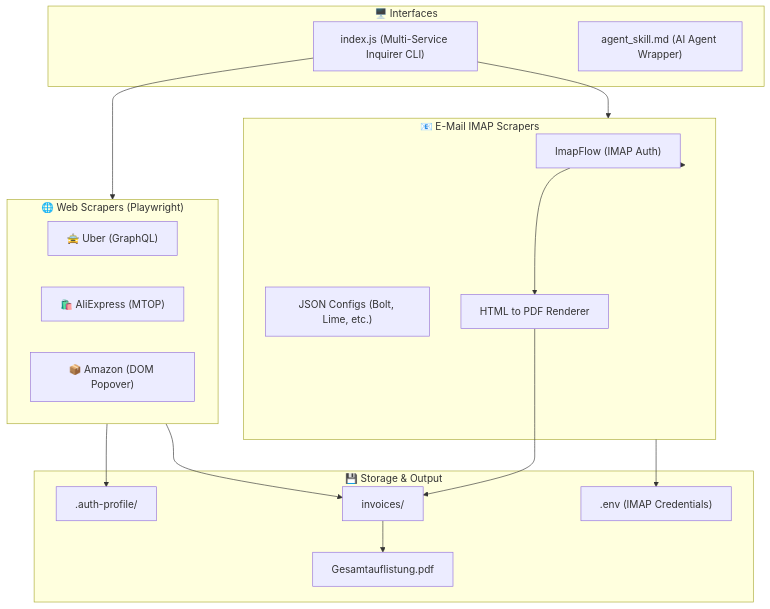
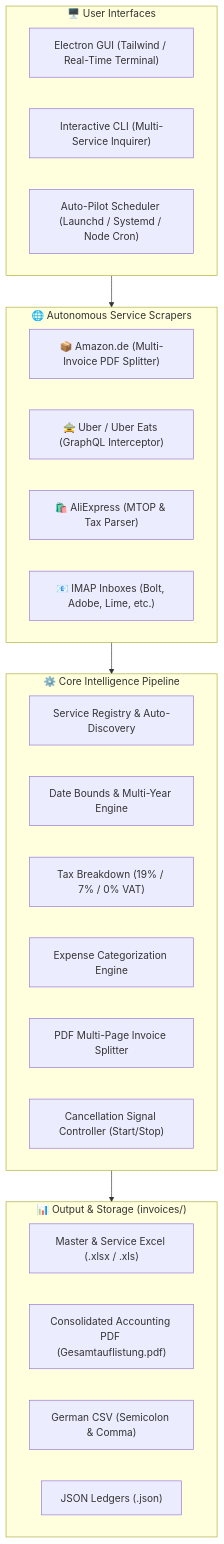
The diagram in README.md (hybridlabor-api/invoice-scrape-agent), drawn with Mermaid before and after one commit. The commit also changed other lines of this file and 24 other files, not shown here.

Commit message:
feat(v1.6.0): full 9-step suite, automated test coverage, electron GUI refinement, and master excel categorization

````diff
--- a/README.md
+++ b/README.md
@@ -76,36 +29,35 @@
 ```mermaid
 flowchart TD
-    subgraph UI ["🖥️ Interfaces"]
-        CLI["index.js (Multi-Service Inquirer CLI)"]
-        AGENT["agent_skill.md (AI Agent Wrapper)"]
+    subgraph UI ["🖥️ User Interfaces"]
+        GUI["Electron GUI (Tailwind / Real-Time Terminal)"]
+        CLI["Interactive CLI (Multi-Service Inquirer)"]
+        CRON["Auto-Pilot Scheduler (Launchd / Systemd / Node Cron)"]
     end
 
-    subgraph WebScrapers ["🌐 Web Scrapers (Playwright)"]
-        UBER["🚖 Uber (GraphQL)"]
-        ALI["🛍️ AliExpress (MTOP)"]
-        AMZ["📦 Amazon (DOM Popover)"]
+    subgraph Scrapers ["🌐 Autonomous Service Scrapers"]
+        AMZ["📦 Amazon.de (Multi-Invoice PDF Splitter)"]
+        UBER["🚖 Uber / Uber Eats (GraphQL Interceptor)"]
+        ALI["🛍️ AliExpress (MTOP & Tax Parser)"]
+        IMAP["📧 IMAP Inboxes (Bolt, Adobe, Lime, etc.)"]
     end
 
-    subgraph EmailScrapers ["📧 E-Mail IMAP Scrapers"]
-        IMAP["ImapFlow (IMAP Auth)"]
-        JSON["JSON Configs (Bolt, Lime, etc.)"]
-        HTML2PDF["HTML to PDF Renderer"]
+    subgraph CoreEngine ["⚙️ Core Intelligence Pipeline"]
+        REGISTRY["Service Registry & Auto-Discovery"]
+        DATE_PARSER["Date Bounds & Multi-Year Engine"]
+        TAX_CALC["Tax Breakdown (19% / 7% / 0% VAT)"]
+        CATEGORIZER["Expense Categorization Engine"]
+        SPLITTER["PDF Multi-Page Invoice Splitter"]
+        CANCEL_SIG["Cancellation Signal Controller (Start/Stop)"]
     end
 
-    subgraph Storage ["💾 Storage & Output"]
-        PROFILE[".auth-profile/"]
-        ENV[".env (IMAP Credentials)"]
-        INVOICES["invoices/"]
-        SUMMARY["Gesamtauflistung.pdf"]
+    subgraph Exports ["📊 Output & Storage (invoices/)"]
+        EXCEL["Master & Service Excel (.xlsx / .xls)"]
+        PDF["Consolidated Accounting PDF (Gesamtauflistung.pdf)"]
+        CSV["German CSV (Semicolon & Comma)"]
+        JSON["JSON Ledgers (.json)"]
     end
 
-    CLI --> WebScrapers
-    CLI --> EmailScrapers
-    WebScrapers --> PROFILE
-    EmailScrapers --> ENV
-    EmailScrapers --> IMAP
-    IMAP --> HTML2PDF
-    HTML2PDF --> INVOICES
-    WebScrapers --> INVOICES
-    INVOICES --> SUMMARY
+    UI --> Scrapers
+    Scrapers --> CoreEngine
+    CoreEngine --> Exports
 ```
````
